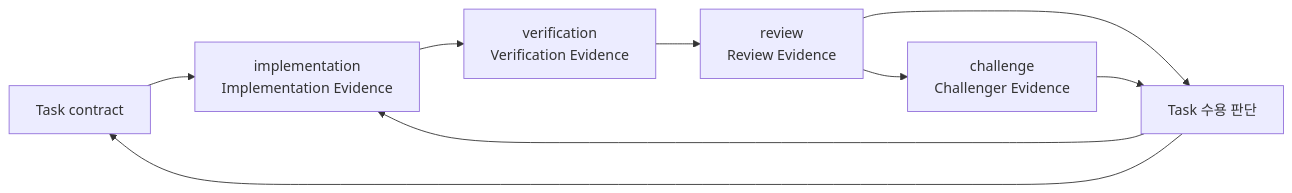
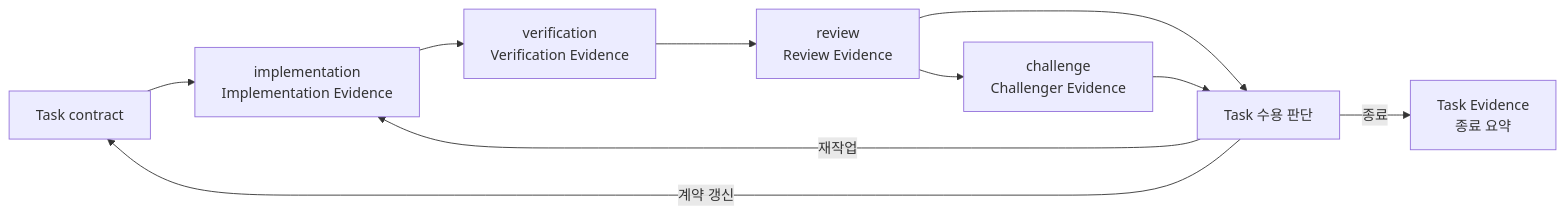
Before and after one commit to choam2426/geas: the first of 2 diagrams in docs/operating/task.md, drawn with Mermaid. The commit also changed other lines of this file and 5 other files, not shown here.

Commit message:
docs: refine evidence operating flow

````diff
--- a/docs/operating/task.md
+++ b/docs/operating/task.md
@@ -50,18 +50,20 @@
 ```mermaid
 flowchart LR
   C["Task contract"]
   I["implementation<br/>Implementation Evidence"]
   V["verification<br/>Verification Evidence"]
   R["review<br/>Review Evidence"]
   H["challenge<br/>Challenger Evidence"]
   D["Task 수용 판단"]
+  E["Task Evidence<br/>종료 요약"]
 
   C --> I
   I --> V
   V --> R
   R --> D
   R --> H
   H --> D
-  D --> I
-  D --> C
+  D -->|"종료"| E
+  D -->|"재작업"| I
+  D -->|"계약 갱신"| C
 ```
````
